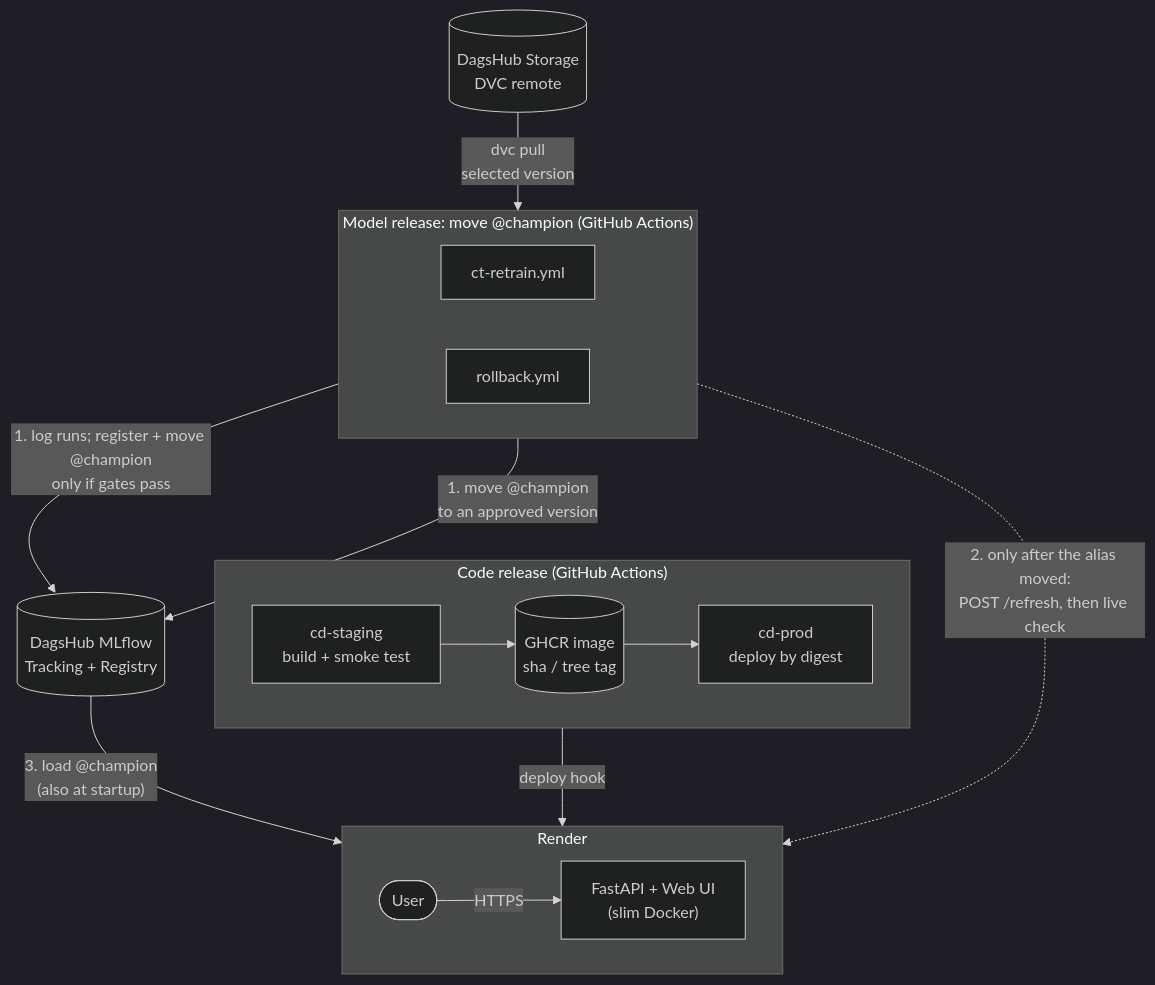
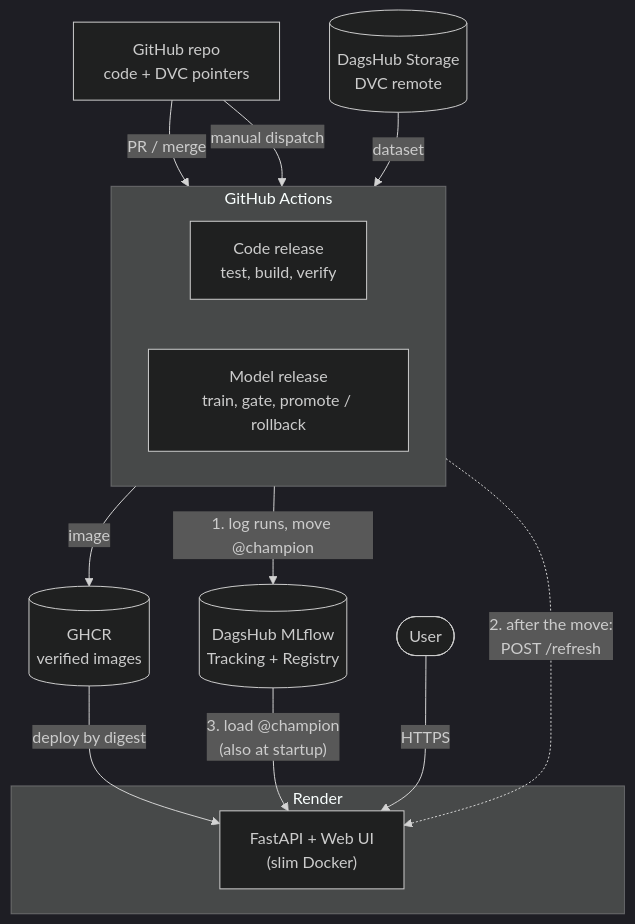
One commit to ChenAuCarre/enercast-mlops changed the first of 2 diagrams in README.md. Above: the diagram before and after it, drawn with Mermaid (dark theme).

Commit message:
docs: show components, not workflow names, in the architecture diagram

````diff
--- a/README.md
+++ b/README.md
@@ -11,23 +11,26 @@
 ```mermaid
 flowchart TB
+    Repo["GitHub repo<br/>code + DVC pointers"]
     DVC[("DagsHub Storage<br/>DVC remote")]
-    subgraph Training["Model release: move @champion (GitHub Actions)"]
+    subgraph GHA["GitHub Actions"]
         direction LR
-        CT["ct-retrain.yml"]
-        RB["rollback.yml"]
+        CR["Code release<br/>test, build, verify"]
+        MR["Model release<br/>train, gate, promote / rollback"]
     end
-    DVC -- "dvc pull<br/>selected version" --> CT
-    CT -- "1. log runs; register + move @champion<br/>only if gates pass" --> MLF[("DagsHub MLflow<br/>Tracking + Registry")]
-    RB -- "1. move @champion<br/>to an approved version" --> MLF
-    subgraph Delivery["Code release (GitHub Actions)"]
-        direction LR
-        STG["cd-staging<br/>build + smoke test"] --> GHCR[("GHCR image<br/>sha / tree tag")] --> PROD["cd-prod<br/>deploy by digest"]
+    GHCR[("GHCR<br/>verified images")]
+    MLF[("DagsHub MLflow<br/>Tracking + Registry")]
+    subgraph Render["Render"]
+        API["FastAPI + Web UI<br/>(slim Docker)"]
     end
-    subgraph Serving["Render"]
-        direction LR
-        User(["User"]) -- HTTPS --> API["FastAPI + Web UI<br/>(slim Docker)"]
-    end
-    PROD -- "deploy hook" --> API
+    User(["User"])
+
+    Repo -- "PR / merge" --> CR
+    Repo -- "manual dispatch" --> MR
+    DVC -- "dataset" --> MR
+    CR -- "image" --> GHCR
+    GHCR -- "deploy by digest" --> API
+    MR -- "1. log runs, move @champion" --> MLF
+    MR -. "2. after the move:<br/>POST /refresh" .-> API
     MLF -- "3. load @champion<br/>(also at startup)" --> API
-    Training -. "2. only after the alias moved:<br/>POST /refresh, then live check" .-> API
+    User -- HTTPS --> API
 ```
````
